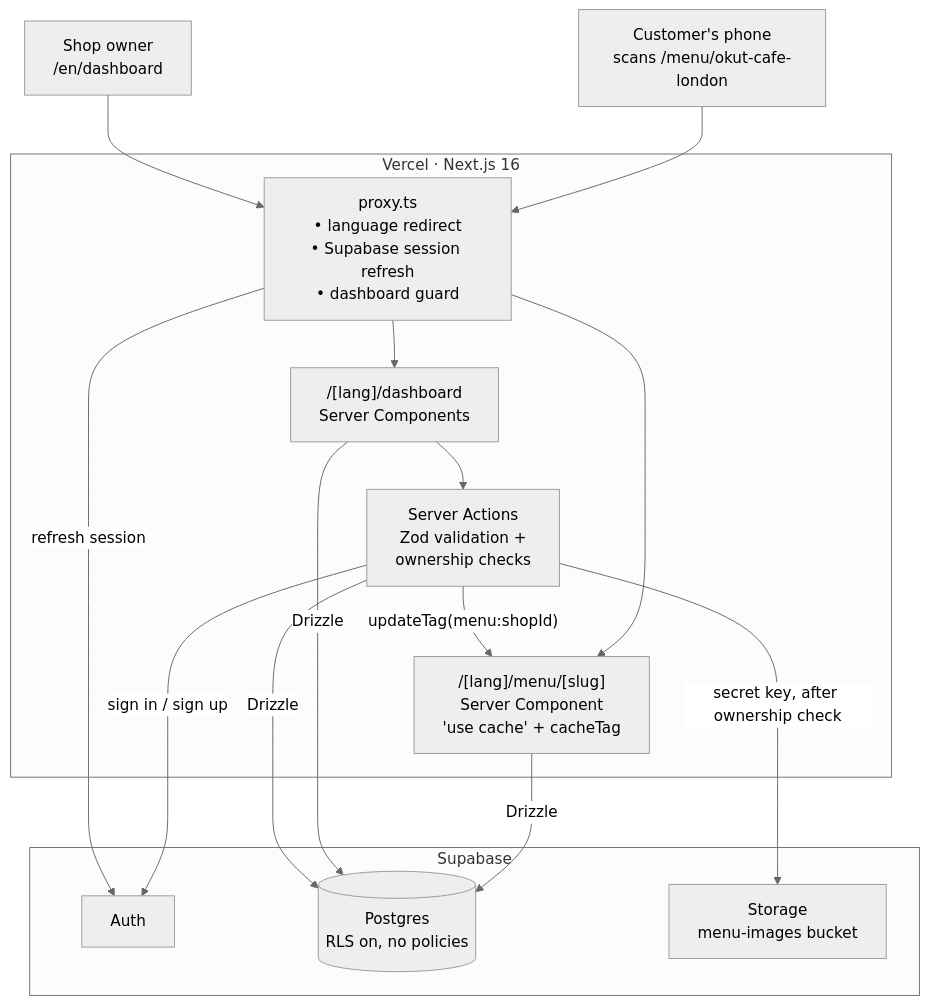
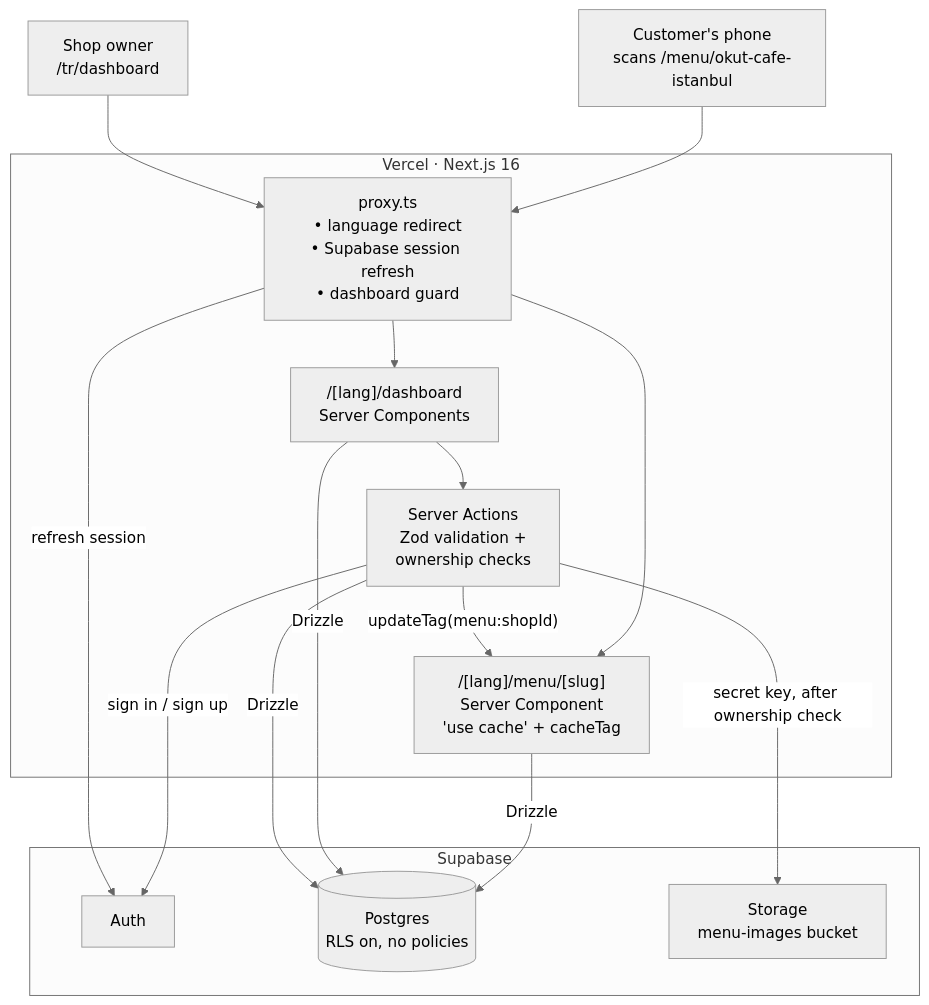
The first of 2 diagrams in README.md (huseyincansoylu/okut), drawn with Mermaid (neutral theme) before and after one commit. The commit also changed other lines of this file and 56 other files, not shown here.

````diff
--- a/README.md
+++ b/README.md
@@ -42,29 +41,29 @@
 ```mermaid
 flowchart TB
-    phone["Customer's phone<br/>scans /menu/okut-cafe-london"] --> proxy
-    owner["Shop owner<br/>/en/dashboard"] --> proxy
+    phone["Customer's phone<br/>scans /menu/okut-cafe-istanbul"] --> proxy
+    owner["Shop owner<br/>/tr/dashboard"] --> proxy
 
     subgraph vercel["Vercel · Next.js 16"]
         proxy["proxy.ts<br/>• language redirect<br/>• Supabase session refresh<br/>• dashboard guard"]
         menu["/[lang]/menu/[slug]<br/>Server Component<br/>'use cache' + cacheTag"]
         dash["/[lang]/dashboard<br/>Server Components"]
         actions["Server Actions<br/>Zod validation +<br/>ownership checks"]
     end
 
     subgraph supabase["Supabase"]
         auth["Auth"]
         db[("Postgres<br/>RLS on, no policies")]
         storage["Storage<br/>menu-images bucket"]
     end
 
     proxy --> menu
     proxy --> dash
     dash --> actions
     menu -- Drizzle --> db
     dash -- Drizzle --> db
     actions -- Drizzle --> db
     actions -- "secret key, after ownership check" --> storage
     actions -- "updateTag(menu:shopId)" --> menu
     actions -- "sign in / sign up" --> auth
     proxy -- "refresh session" --> auth
 ```
````
